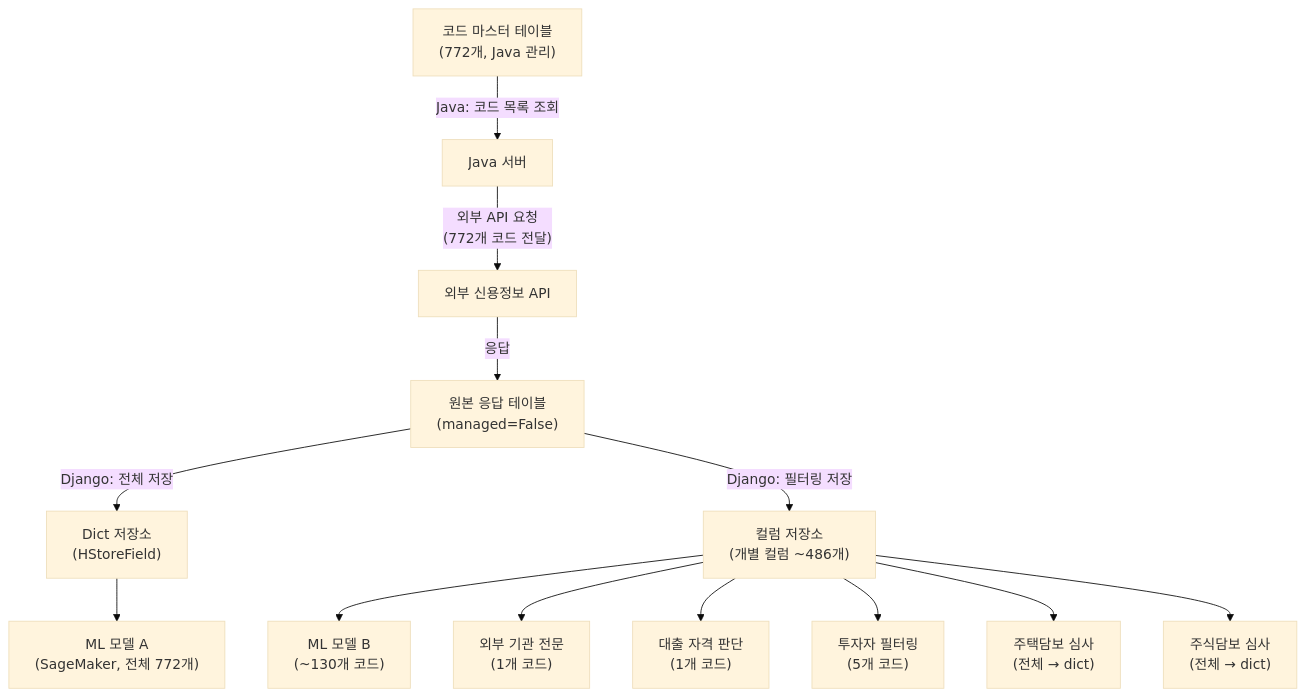
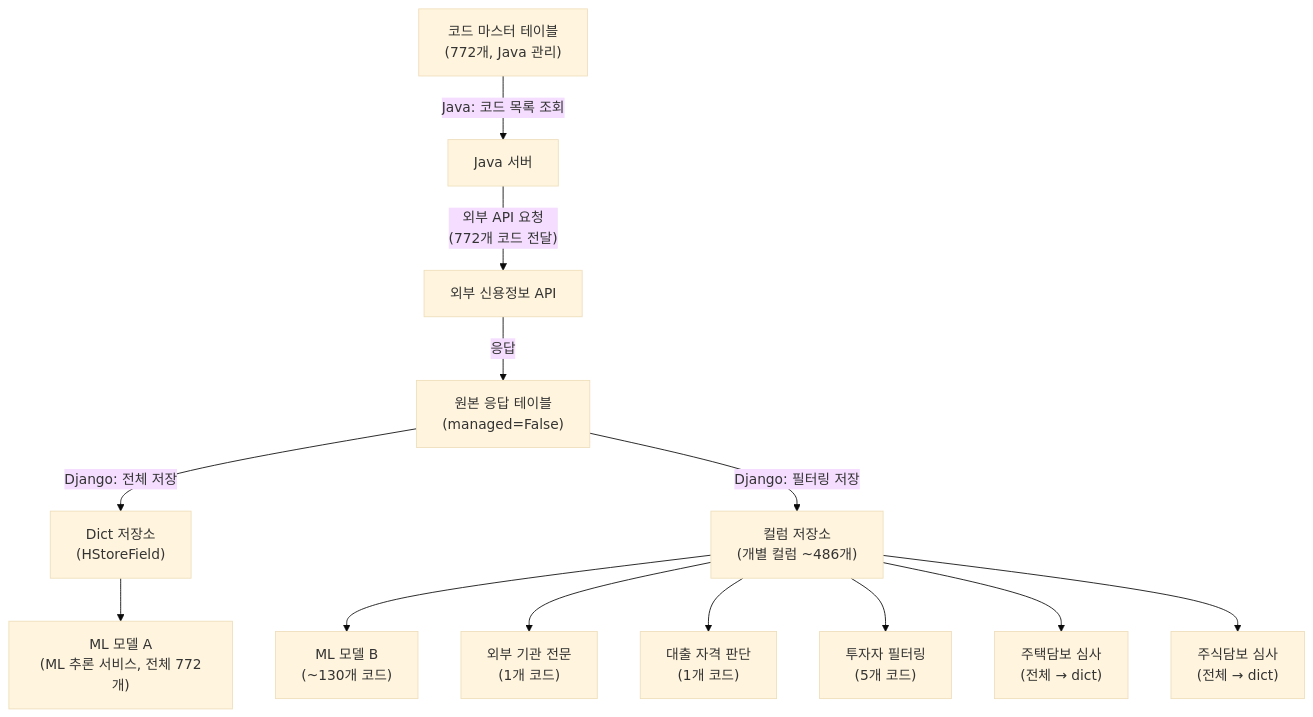
One commit to Gyubster/til changed the first of 5 diagrams in _posts/2026-02-10-하나의-데이터-7개의-소비자-크로스-언어-데이터-파이프라인.md. Above: the diagram before and after it, drawn with Mermaid (base theme). The commit also changed other lines of this file and 6 other files, not shown here.

````diff
--- a/_posts/2026-02-10-하나의-데이터-7개의-소비자-크로스-언어-데이터-파이프라인.md
+++ b/_posts/2026-02-10-하나의-데이터-7개의-소비자-크로스-언어-데이터-파이프라인.md
@@ -19,17 +19,17 @@
 ```mermaid
 flowchart TD
     A["코드 마스터 테이블<br/>(772개, Java 관리)"] -->|"Java: 코드 목록 조회"| B["Java 서버"]
     B -->|"외부 API 요청<br/>(772개 코드 전달)"| C["외부 신용정보 API"]
     C -->|"응답"| D["원본 응답 테이블<br/>(managed=False)"]
     D -->|"Django: 전체 저장"| E["Dict 저장소<br/>(HStoreField)"]
     D -->|"Django: 필터링 저장"| F["컬럼 저장소<br/>(개별 컬럼 ~486개)"]
     
-    E --> G["ML 모델 A<br/>(SageMaker, 전체 772개)"]
+    E --> G["ML 모델 A<br/>(ML 추론 서비스, 전체 772개)"]
     
     F --> H["ML 모델 B<br/>(~130개 코드)"]
     F --> I["외부 기관 전문<br/>(1개 코드)"]
     F --> J["대출 자격 판단<br/>(1개 코드)"]
     F --> K["투자자 필터링<br/>(5개 코드)"]
     F --> L["주택담보 심사<br/>(전체 → dict)"]
     F --> M["주식담보 심사<br/>(전체 → dict)"]
 ```
````
